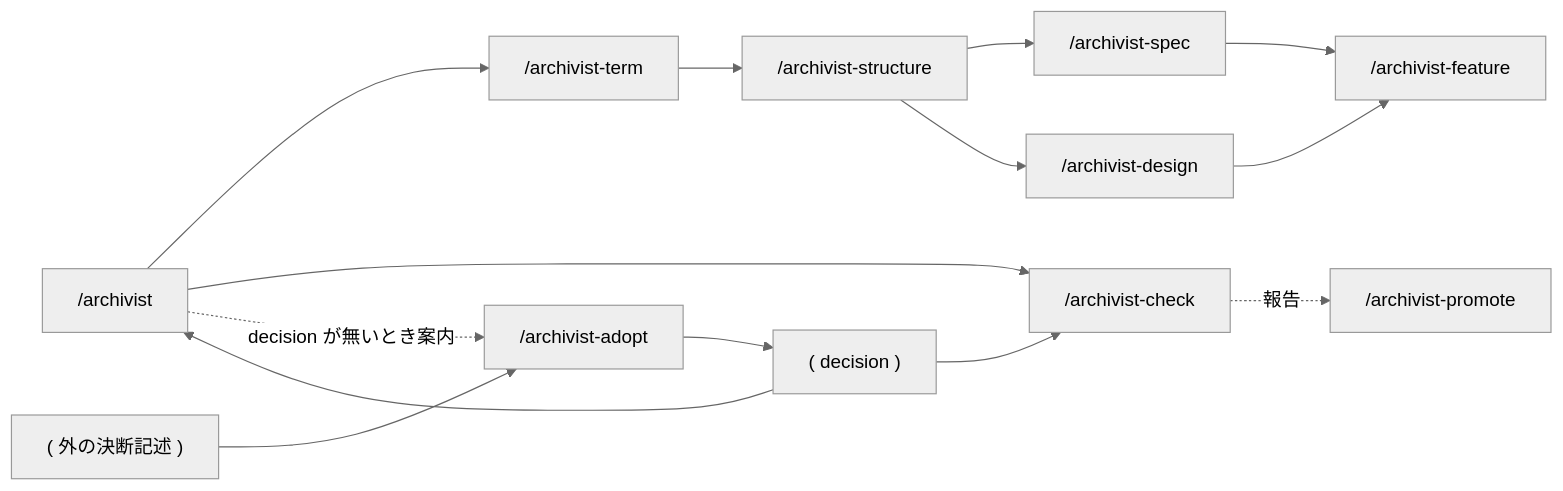
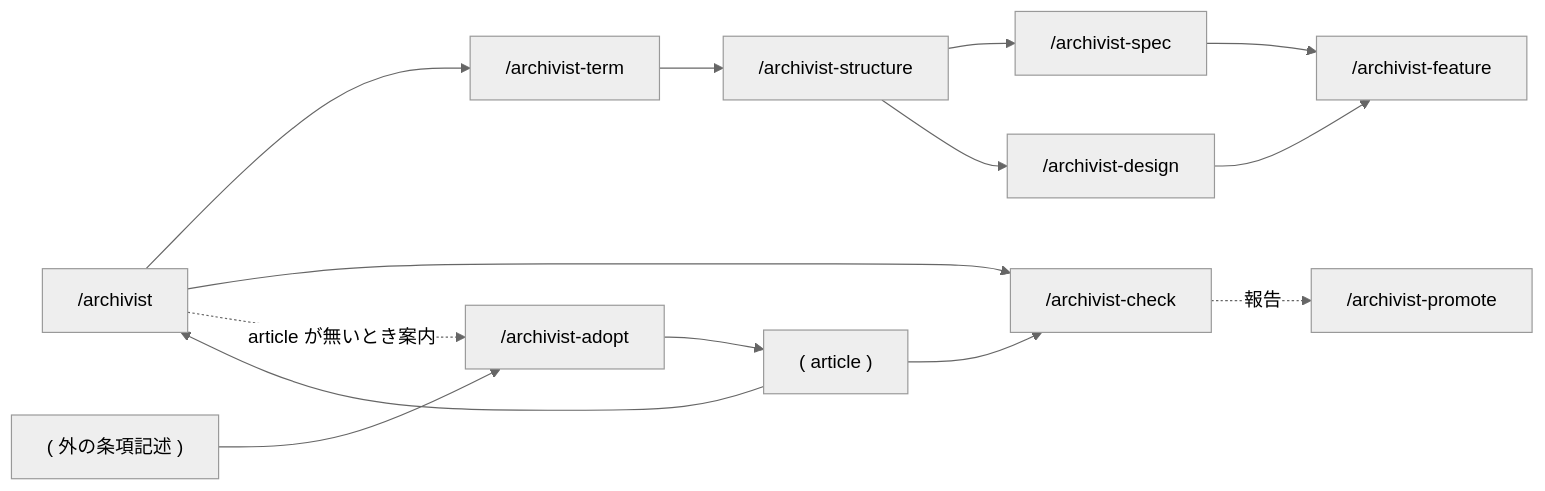
One commit to gameundwatch/archivist changed the first of 2 diagrams in docs/archivist/L3_structures/skill-composition.md. Above: the diagram before and after it, drawn with Mermaid (neutral theme). The commit also changed other lines of this file and 71 other files, not shown here.

````diff
--- a/docs/archivist/L3_structures/skill-composition.md
+++ b/docs/archivist/L3_structures/skill-composition.md
@@ -7,12 +7,12 @@
 ```mermaid
 flowchart LR
     A["/archivist"]
     A --> T["/archivist-term"] --> S["/archivist-structure"]
     S --> SP["/archivist-spec"] --> F["/archivist-feature"]
     S --> D["/archivist-design"] --> F
     A --> C["/archivist-check"] -.報告.-> P["/archivist-promote"]
-    DEC["( decision )"] --> C
-    EXT["( 外の決断記述 )"] --> AD["/archivist-adopt"] --> DEC
+    DEC["( article )"] --> C
+    EXT["( 外の条項記述 )"] --> AD["/archivist-adopt"] --> DEC
     DEC --> A
-    A -.decision が無いとき案内.-> AD
+    A -.article が無いとき案内.-> AD
 ```
````
